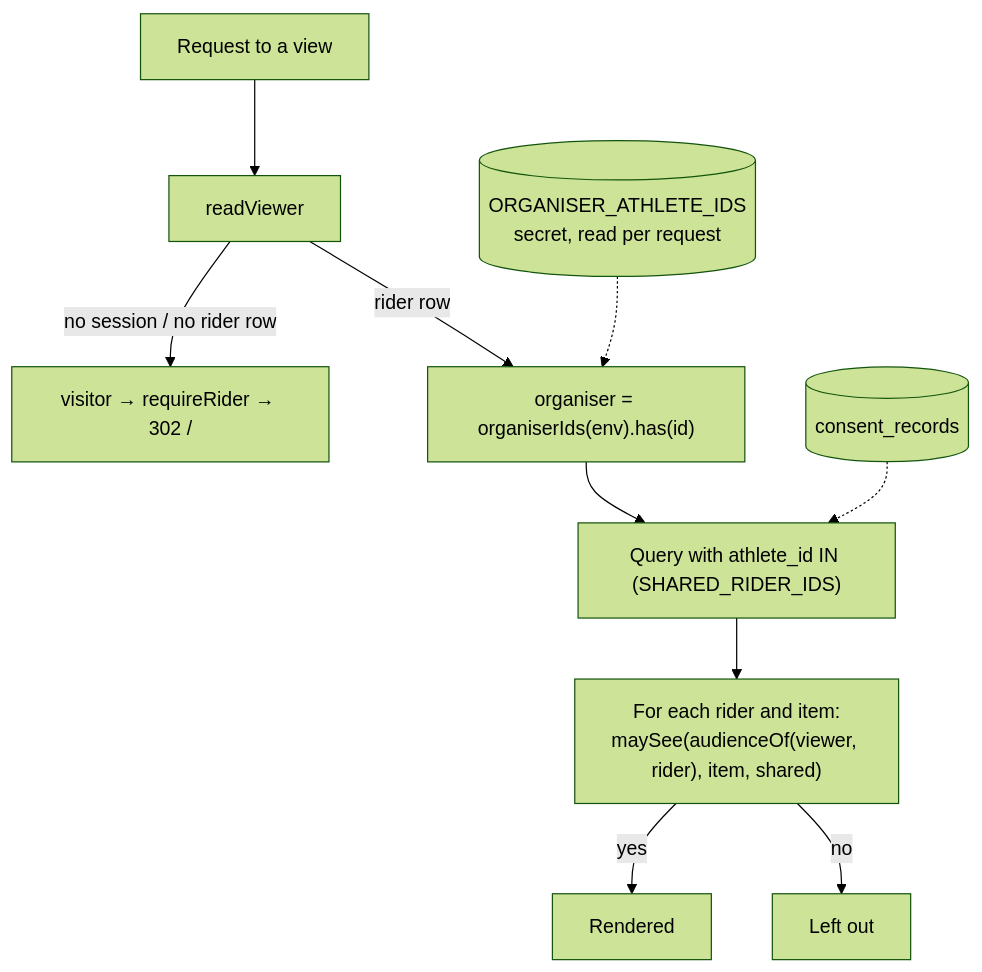
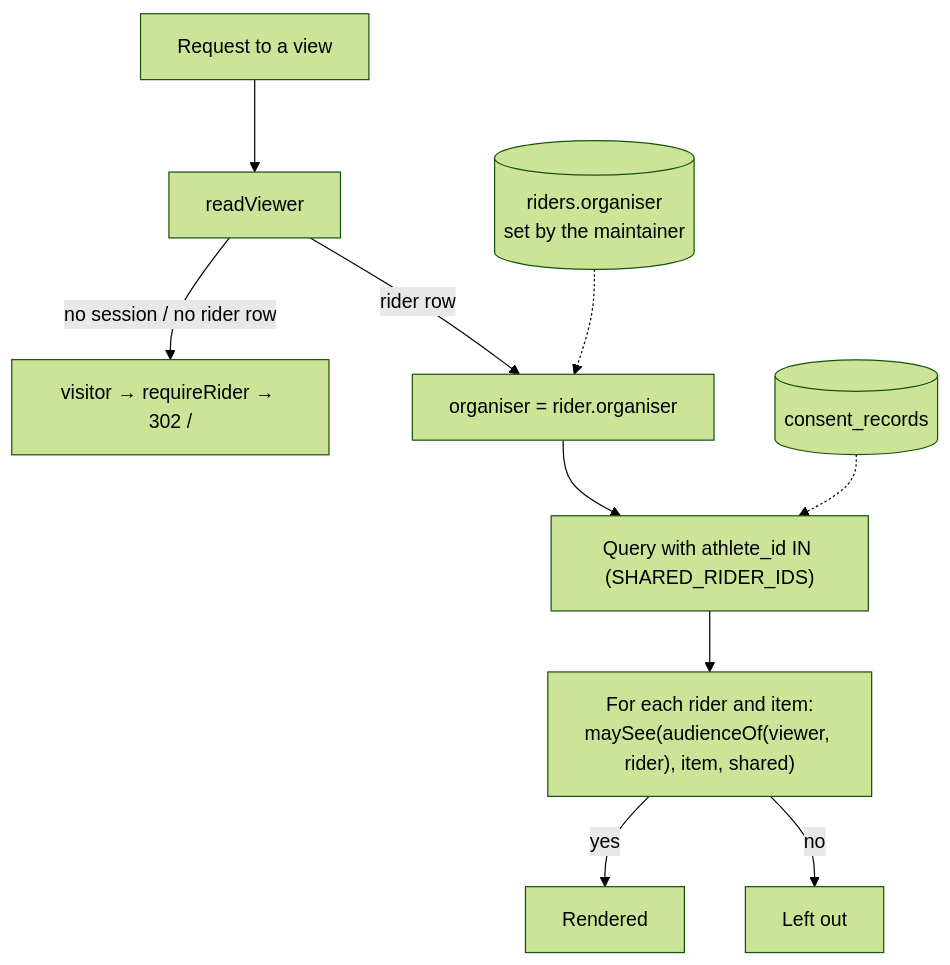
Before and after one commit to SaSteffen/RynkePoints: the diagram in specs/004-roles-and-consent/plan.md, drawn with Mermaid (forest theme). The commit also changed other lines of this file and 6 other files, not shown here.

Commit message:
docs: plan the organiser flag instead of a secret list for 004

````diff
--- a/specs/004-roles-and-consent/plan.md
+++ b/specs/004-roles-and-consent/plan.md
@@ -172,12 +176,12 @@
 ```mermaid
 flowchart TD
     req["Request to a view"] --> rv["readViewer"]
     rv -->|no session / no rider row| vis["visitor → requireRider → 302 /"]
-    rv -->|rider row| role["organiser = organiserIds(env).has(id)"]
+    rv -->|rider row| role["organiser = rider.organiser"]
     role --> q["Query with athlete_id IN (SHARED_RIDER_IDS)"]
     q --> each["For each rider and item:<br/>maySee(audienceOf(viewer, rider), item, shared)"]
     each -->|yes| show["Rendered"]
     each -->|no| hide["Left out"]
-    secret[("ORGANISER_ATHLETE_IDS<br/>secret, read per request")] -.-> role
+    flag[("riders.organiser<br/>set by the maintainer")] -.-> role
     cr[("consent_records")] -.-> q
 ```
````
